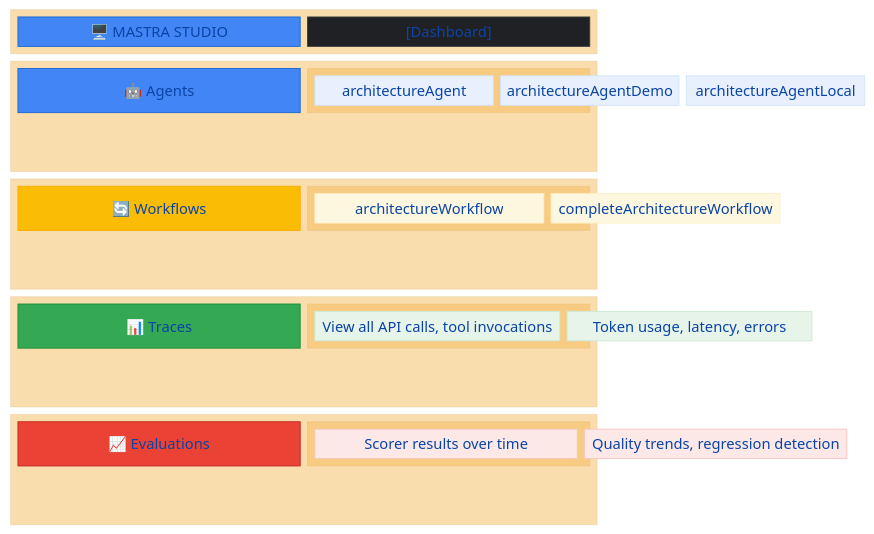
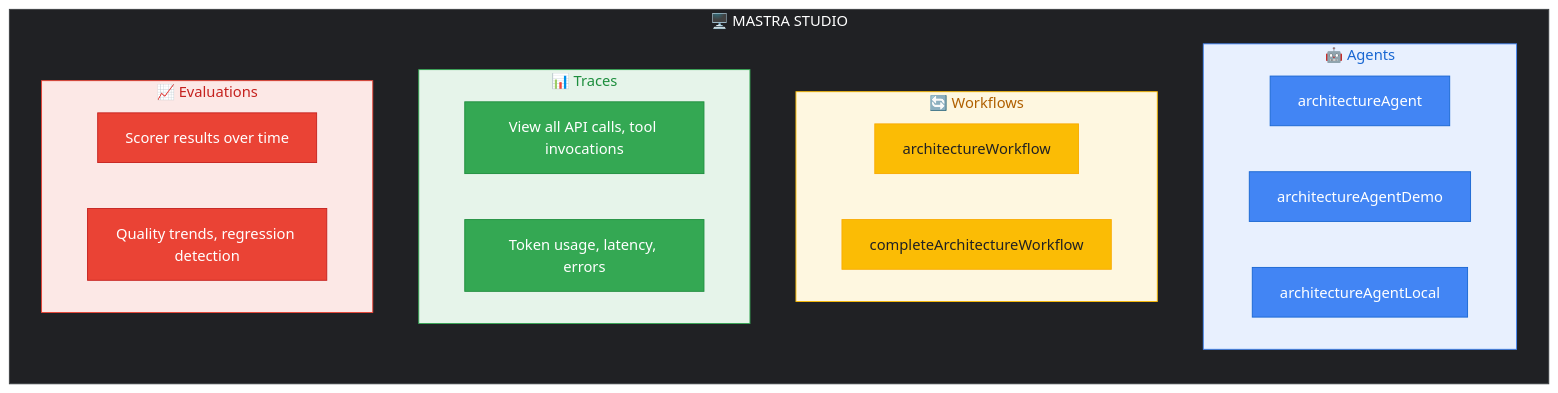
The fourth of 7 diagrams in docs/_posts/2025-01-31-mastra-ai-framework.md (techyvenki/techie-venki-hub), drawn with Mermaid before and after one commit.

Commit message:
fixing the spaces

````diff
--- a/docs/_posts/2025-01-31-mastra-ai-framework.md
+++ b/docs/_posts/2025-01-31-mastra-ai-framework.md
@@ -536,59 +536,43 @@
 ```mermaid
 %%{init: {'theme': 'base', 'themeVariables': { 'primaryColor': '#4285F4', 'primaryTextColor': '#fff', 'primaryBorderColor': '#1967D2', 'lineColor': '#5F6368'}}}%%
-block-beta
-    columns 3
-    
-    block:header:3
-        studioTitle["🖥️ MASTRA STUDIO"]
-        dashboard["[Dashboard]"]
-    end
-    
-    block:agents:3
-        agentsLabel["🤖 Agents"]
-        block:agentsList:2
+flowchart TB
+    subgraph studio["🖥️ MASTRA STUDIO"]
+        direction TB
+        
+        subgraph agents["🤖 Agents"]
             agent1["architectureAgent"]
             agent2["architectureAgentDemo"]
             agent3["architectureAgentLocal"]
         end
-    end
-    
-    block:workflows:3
-        workflowsLabel["🔄 Workflows"]
-        block:workflowsList:2
+        
+        subgraph workflows["🔄 Workflows"]
             wf1["architectureWorkflow"]
             wf2["completeArchitectureWorkflow"]
         end
-    end
-    
-    block:traces:3
-        tracesLabel["📊 Traces"]
-        block:tracesList:2
+        
+        subgraph traces["📊 Traces"]
             trace1["View all API calls, tool invocations"]
             trace2["Token usage, latency, errors"]
         end
-    end
-    
-    block:evals:3
-        evalsLabel["📈 Evaluations"]
-        block:evalsList:2
+        
+        subgraph evals["📈 Evaluations"]
             eval1["Scorer results over time"]
             eval2["Quality trends, regression detection"]
         end
     end
 
-    style studioTitle fill:#4285F4,stroke:#1967D2,color:#fff
-    style dashboard fill:#202124,stroke:#3C4043,color:#9AA0A6
-    style agentsLabel fill:#4285F4,stroke:#1967D2,color:#fff
-    style workflowsLabel fill:#FBBC05,stroke:#F9AB00,color:#202124
-    style tracesLabel fill:#34A853,stroke:#1E8E3E,color:#fff
-    style evalsLabel fill:#EA4335,stroke:#C5221F,color:#fff
-    style agent1 fill:#E8F0FE,stroke:#D2E3FC,color:#1967D2
-    style agent2 fill:#E8F0FE,stroke:#D2E3FC,color:#1967D2
-    style agent3 fill:#E8F0FE,stroke:#D2E3FC,color:#1967D2
-    style wf1 fill:#FEF7E0,stroke:#FEEFC3,color:#B06000
-    style wf2 fill:#FEF7E0,stroke:#FEEFC3,color:#B06000
-    style trace1 fill:#E6F4EA,stroke:#CEEAD6,color:#1E8E3E
-    style trace2 fill:#E6F4EA,stroke:#CEEAD6,color:#1E8E3E
-    style eval1 fill:#FCE8E6,stroke:#F5C6C2,color:#C5221F
-    style eval2 fill:#FCE8E6,stroke:#F5C6C2,color:#C5221F
+    style studio fill:#202124,stroke:#3C4043,color:#fff
+    style agents fill:#E8F0FE,stroke:#4285F4,color:#1967D2
+    style workflows fill:#FEF7E0,stroke:#FBBC05,color:#B06000
+    style traces fill:#E6F4EA,stroke:#34A853,color:#1E8E3E
+    style evals fill:#FCE8E6,stroke:#EA4335,color:#C5221F
+    style agent1 fill:#4285F4,stroke:#1967D2,color:#fff
+    style agent2 fill:#4285F4,stroke:#1967D2,color:#fff
+    style agent3 fill:#4285F4,stroke:#1967D2,color:#fff
+    style wf1 fill:#FBBC05,stroke:#F9AB00,color:#202124
+    style wf2 fill:#FBBC05,stroke:#F9AB00,color:#202124
+    style trace1 fill:#34A853,stroke:#1E8E3E,color:#fff
+    style trace2 fill:#34A853,stroke:#1E8E3E,color:#fff
+    style eval1 fill:#EA4335,stroke:#C5221F,color:#fff
+    style eval2 fill:#EA4335,stroke:#C5221F,color:#fff
 ```
````
